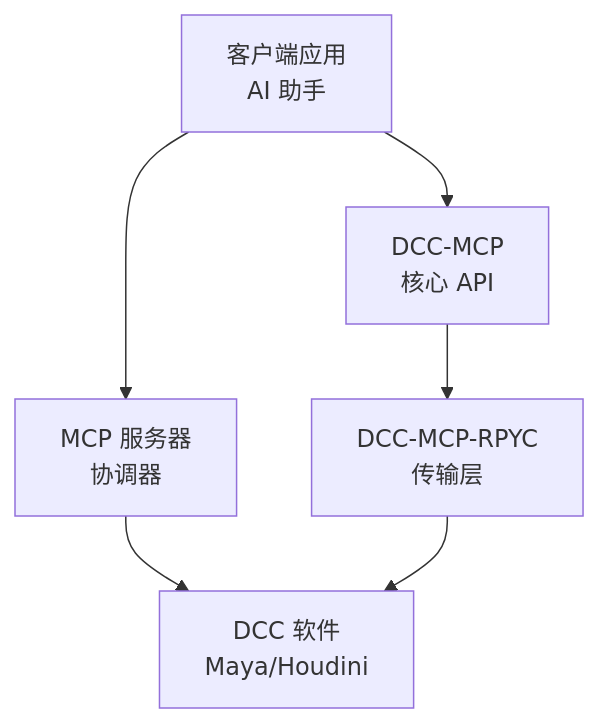
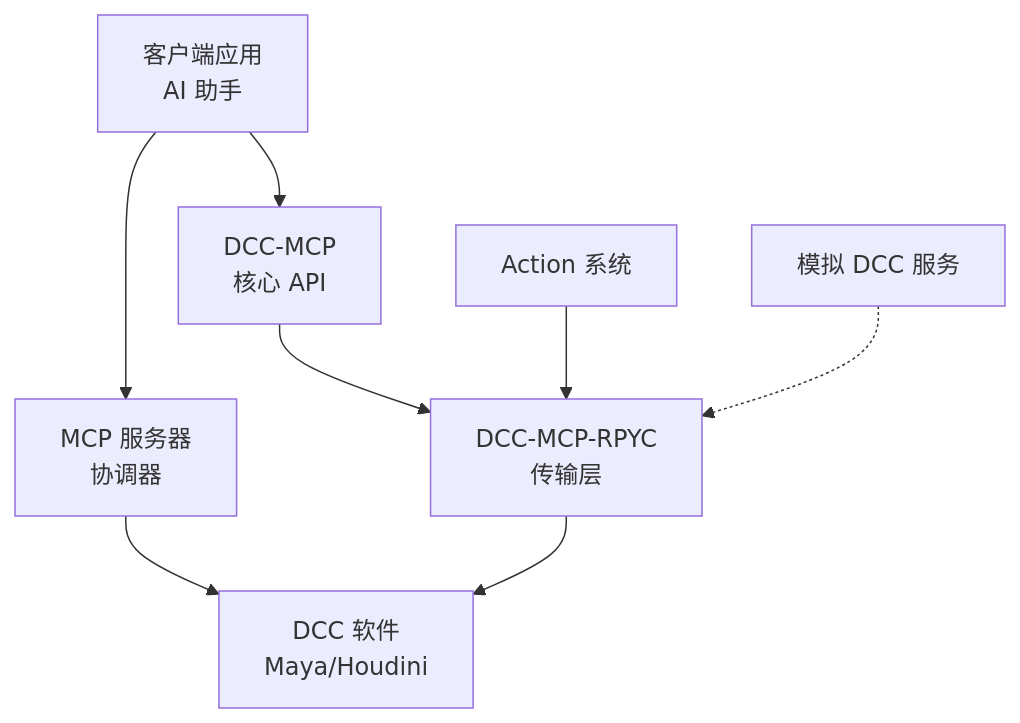
The diagram in README_zh.md (loonghao/dcc-mcp-rpyc), drawn with Mermaid before and after one commit. The commit also changed other lines of this file and 5 other files, not shown here.

````diff
--- a/README_zh.md
+++ b/README_zh.md
@@ -43,8 +47,10 @@
 ```mermaid
 graph TD
     A[客户端应用<br>AI 助手] --> B[MCP 服务器<br>协调器]
     B --> C[DCC 软件<br>Maya/Houdini]
     A --> D[DCC-MCP<br>核心 API]
     D --> E[DCC-MCP-RPYC<br>传输层]
     E --> C
+    F[Action 系统] --> E
+    G[模拟 DCC 服务] -.-> E
 ```
````
